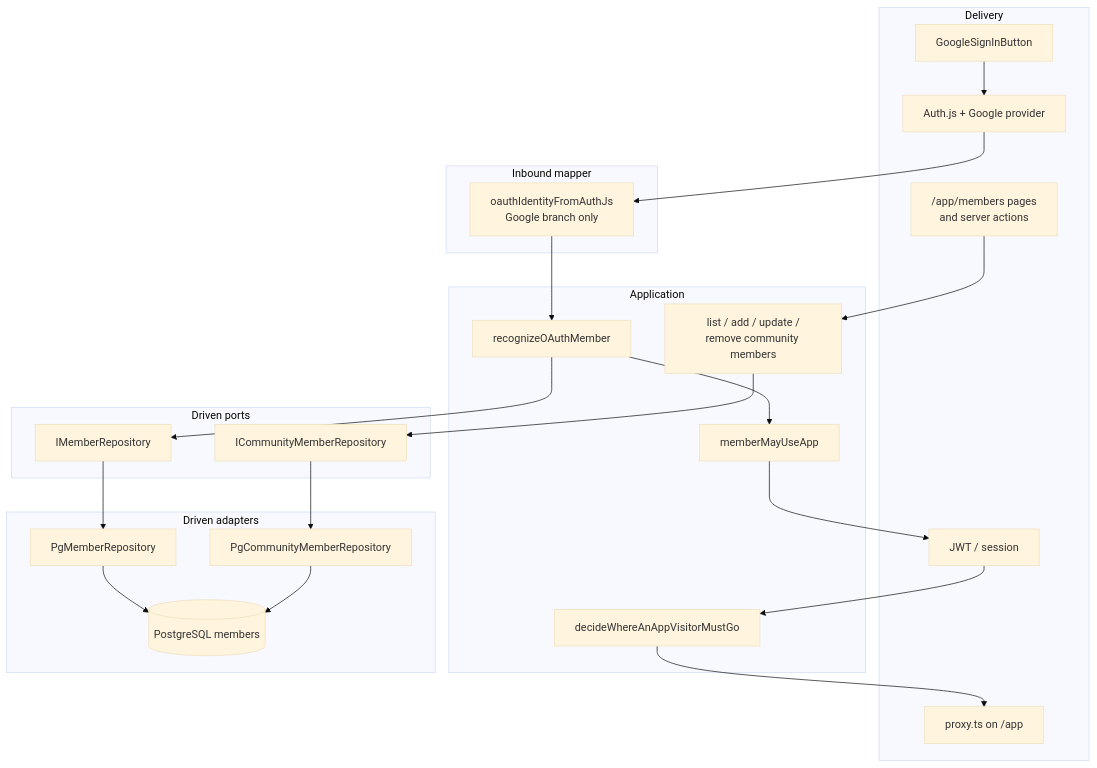
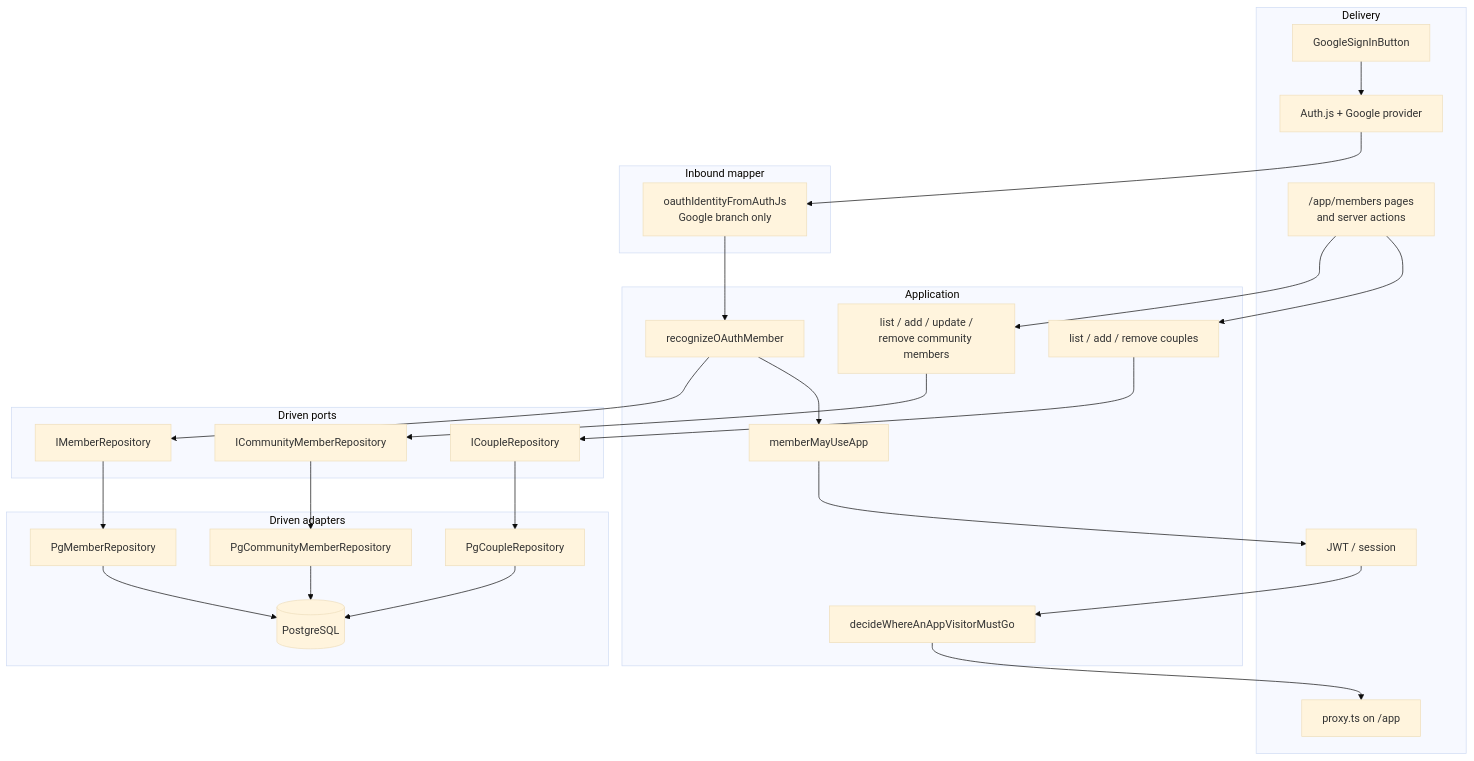
The first of 8 diagrams in docs/current-architecture.md (greg-latuszek/emma-companionship), drawn with Mermaid (base theme) before and after one commit. The commit also changed other lines of this file and 28 other files, not shown here.

First line of the commit message:
Add couple registry with surname-based builder on members tabs

````diff
--- a/docs/current-architecture.md
+++ b/docs/current-architecture.md
@@ -24,47 +24,54 @@
 ```mermaid
 flowchart TB
   subgraph delivery["Delivery"]
     button[GoogleSignInButton]
     authjs[Auth.js + Google provider]
     jwt[JWT / session]
     proxy["proxy.ts on /app"]
     membersUi["/app/members pages\nand server actions"]
   end
 
   subgraph inbound["Inbound mapper"]
     map["oauthIdentityFromAuthJs\nGoogle branch only"]
   end
 
   subgraph application["Application"]
     recognize[recognizeOAuthMember]
     mayUse[memberMayUseApp]
     visit[decideWhereAnAppVisitorMustGo]
     registry["list / add / update /\nremove community members"]
+    couples["list / add / remove couples"]
   end
 
   subgraph driven["Driven ports"]
     loginPort[IMemberRepository]
     registryPort[ICommunityMemberRepository]
+    couplePort[ICoupleRepository]
   end
 
   subgraph adapter["Driven adapters"]
     pgLogin[PgMemberRepository]
     pgRegistry[PgCommunityMemberRepository]
-    sql[(PostgreSQL members)]
+    pgCouple[PgCoupleRepository]
+    sql[(PostgreSQL)]
   end
 
   button --> authjs
   authjs --> map
   map --> recognize
   recognize --> loginPort
   loginPort --> pgLogin
   pgLogin --> sql
   recognize --> mayUse
   mayUse --> jwt
   jwt --> visit
   visit --> proxy
   membersUi --> registry
   registry --> registryPort
   registryPort --> pgRegistry
   pgRegistry --> sql
+  membersUi --> couples
+  couples --> couplePort
+  couplePort --> pgCouple
+  pgCouple --> sql
 ```
````
